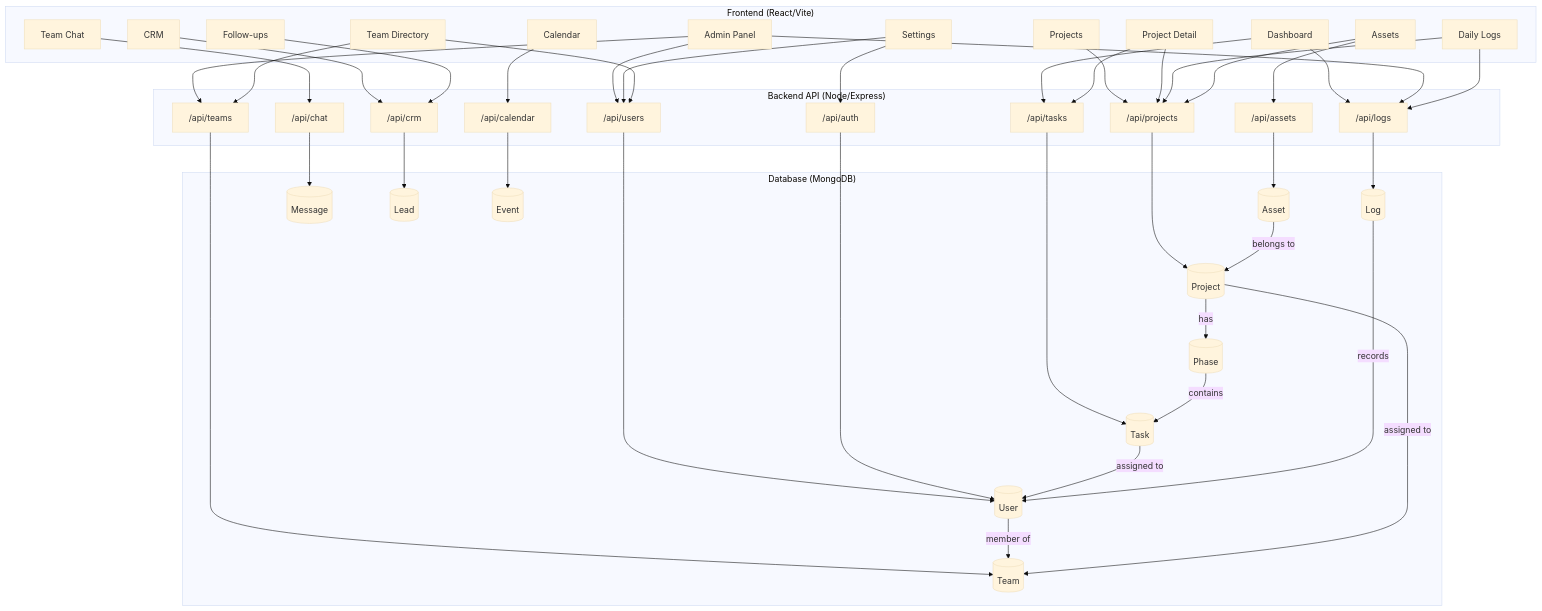
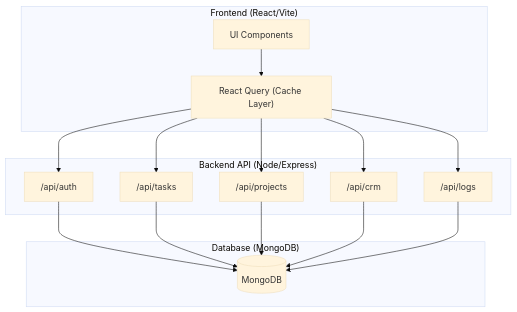
Before and after one commit to RaghavSobti37/Taskmaster: the diagram in README.md, drawn with Mermaid (base theme). The commit also changed other lines of this file and 40 other files, not shown here.

Commit message:
feat: implement React Query optimization and update documentation

````diff
--- a/README.md
+++ b/README.md
@@ -29,76 +46,18 @@
 ```mermaid
 graph TD
     subgraph Frontend ["Frontend (React/Vite)"]
-        D[Dashboard]
-        PL[Projects]
-        PD[Project Detail]
-        AP[Admin Panel]
-        DL[Daily Logs]
-        CH[Team Chat]
-        ST[Settings]
-        CRM_F[CRM]
-        FOL[Follow-ups]
-        CAL[Calendar]
-        ASSETS[Assets]
-        TV[Team Directory]
+        UI[UI Components] --> RQ["React Query (Cache Layer)"]
     end
 
     subgraph API ["Backend API (Node/Express)"]
-        T_API["/api/tasks"]
-        P_API["/api/projects"]
-        U_API["/api/users"]
-        L_API["/api/logs"]
-        A_API["/api/auth"]
-        TM_API["/api/teams"]
-        C_API["/api/chat"]
-        CR_API["/api/crm"]
-        CAL_API["/api/calendar"]
-        AS_API["/api/assets"]
+        RQ --> A_API["/api/auth"]
+        RQ --> T_API["/api/tasks"]
+        RQ --> P_API["/api/projects"]
+        RQ --> C_API["/api/crm"]
+        RQ --> L_API["/api/logs"]
     end
 
-    subgraph Models ["Database (MongoDB)"]
-        M_Task[(Task)]
-        M_Project[(Project)]
-        M_User[(User)]
-        M_Log[(Log)]
-        M_Phase[(Phase)]
-        M_Team[(Team)]
-        M_Message[(Message)]
-        M_Lead[(Lead)]
-        M_Event[(Event)]
-        M_Asset[(Asset)]
+    subgraph Storage ["Database (MongoDB)"]
+        A_API & T_API & P_API & C_API & L_API --> DB[(MongoDB)]
     end
-
-    D --> T_API
-    D --> L_API
-    PL --> P_API
-    PD --> P_API & T_API
-    AP --> U_API & L_API & TM_API
-    DL --> L_API & P_API
-    CH --> C_API
-    ST --> U_API & A_API
-    CRM_F --> CR_API
-    FOL --> CR_API
-    CAL --> CAL_API
-    ASSETS --> AS_API & P_API
-    TV --> U_API & TM_API
-
-    T_API --> M_Task
-    P_API --> M_Project
-    U_API --> M_User
-    L_API --> M_Log
-    A_API --> M_User
-    TM_API --> M_Team
-    C_API --> M_Message
-    CR_API --> M_Lead
-    CAL_API --> M_Event
-    AS_API --> M_Asset
-
-    M_Project -- "has" --> M_Phase
-    M_Phase -- "contains" --> M_Task
-    M_Task -- "assigned to" --> M_User
-    M_User -- "member of" --> M_Team
-    M_Project -- "assigned to" --> M_Team
-    M_Log -- "records" --> M_User
-    M_Asset -- "belongs to" --> M_Project
 ```
````
